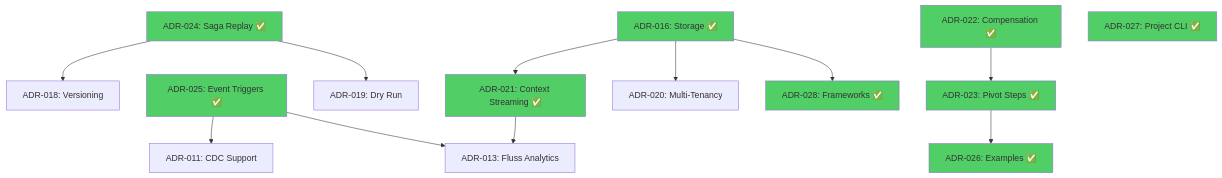
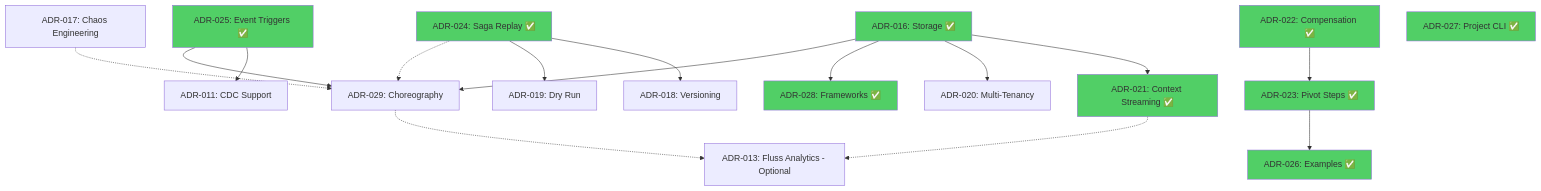
The second of 2 diagrams in docs/architecture/adr-roadmap-dependencies.md (brunolnetto/sagaz), drawn with Mermaid before and after one commit. The commit also changed other lines of this file and 13 other files, not shown here.

````diff
--- a/docs/architecture/adr-roadmap-dependencies.md
+++ b/docs/architecture/adr-roadmap-dependencies.md
@@ -66,39 +67,47 @@
 ```mermaid
 graph TD
     %% Streaming dependencies (ADR-021 requires ADR-016)
     ADR016[ADR-016: Storage ✅] --> ADR021[ADR-021: Context Streaming ✅]
     
-    %% Event triggers (independent, but enhances CDC)
+    %% Event triggers (independent, but enhances CDC and Choreography)
     ADR025[ADR-025: Event Triggers ✅] --> ADR011[ADR-011: CDC Support]
+    ADR025 --> ADR029[ADR-029: Choreography]
     
     %% Replay chain
     ADR024[ADR-024: Saga Replay ✅] --> ADR018[ADR-018: Versioning]
     ADR024 --> ADR019[ADR-019: Dry Run]
     
     %% Multi-tenancy requires storage
     ADR016 --> ADR020[ADR-020: Multi-Tenancy]
     
-    %% Advanced analytics requires streaming + triggers
-    ADR021 --> ADR013[ADR-013: Fluss Analytics]
-    ADR025 --> ADR013
+    %% Analytics is independent - optional enhancement for streaming or choreography events
+    ADR021 -.-> ADR013[ADR-013: Fluss Analytics - Optional]
+    ADR029 -.-> ADR013
     
     %% Framework integration requires storage
     ADR016 --> ADR028[ADR-028: Frameworks ✅]
     
+    %% Choreography requires storage + triggers (Analytics is optional synergy)
+    ADR016 --> ADR029
+    
     %% Pivot chain (independent of streaming!)
     ADR022[ADR-022: Compensation ✅] --> ADR023[ADR-023: Pivot Steps ✅]
     ADR023 --> ADR026[ADR-026: Examples ✅]
+    
+    %% Optional synergies with choreography (dotted lines)
+    ADR017[ADR-017: Chaos Engineering] -.-> ADR029
+    ADR024 -.-> ADR029
     
     style ADR016 fill:#51cf66
     style ADR022 fill:#51cf66
     style ADR023 fill:#51cf66
     style ADR026 fill:#51cf66
     style ADR028 fill:#51cf66
     style ADR025 fill:#51cf66
     style ADR027 fill:#51cf66
     style ADR021 fill:#51cf66
     style ADR024 fill:#51cf66
 
     %% Independent
     ADR027[ADR-027: Project CLI ✅]
 ```
````
